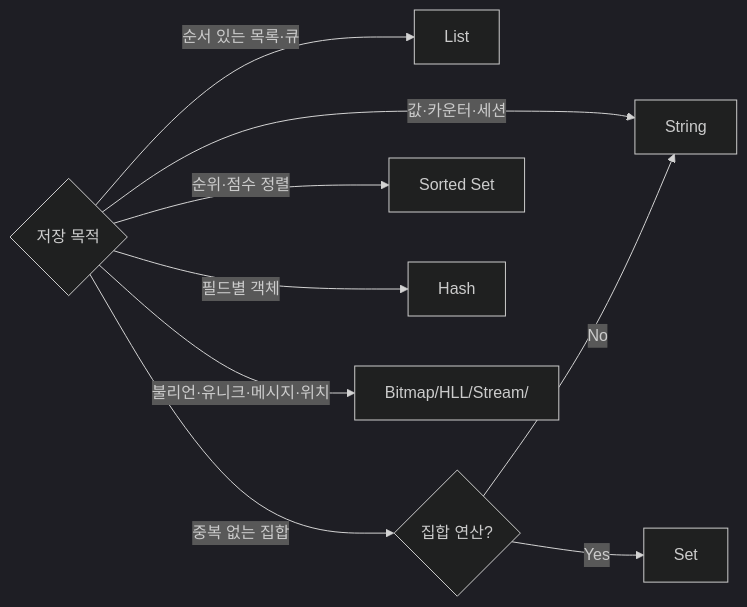
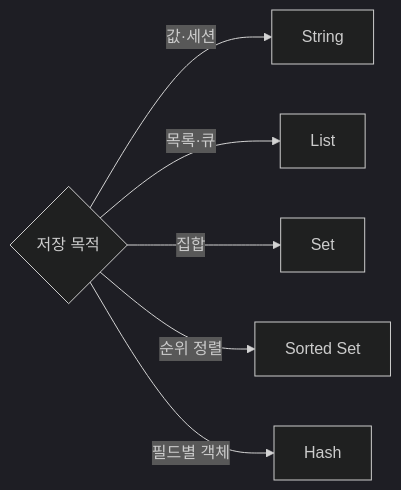
One commit to yjkim2015/yjkim2015.github.io changed the diagram in _posts/redis/2026-05-01-redis-data-structures.md. Above: the diagram before and after it, drawn with Mermaid (dark theme). The commit also changed 163 other files, not shown here.

First line of the commit message:
Mermaid 300개 블록 내용 축소: 5노드 5엣지 이하, 의미 있는 약어

````diff
--- a/_posts/redis/2026-05-01-redis-data-structures.md
+++ b/_posts/redis/2026-05-01-redis-data-structures.md
@@ -448,11 +448,8 @@
 ```mermaid
 graph LR
-    Q1{"저장 목적"} -->|값·카운터·세션| STRING["String"]
-    Q1 -->|순서 있는 목록·큐| LIST["List"]
-    Q1 -->|중복 없는 집합| Q2{"집합 연산?"}
-    Q1 -->|순위·점수 정렬| ZSET["Sorted Set"]
+    Q1{"저장 목적"} -->|값·세션| STRING["String"]
+    Q1 -->|목록·큐| LIST["List"]
+    Q1 -->|집합| SET["Set"]
+    Q1 -->|순위 정렬| ZSET["Sorted Set"]
     Q1 -->|필드별 객체| HASH["Hash"]
-    Q1 -->|불리언·유니크·메시지·위치| OTHER["Bitmap/HLL/Stream/"]
-    Q2 -->|Yes| SET["Set"]
-    Q2 -->|No| STRING
 ```
````
